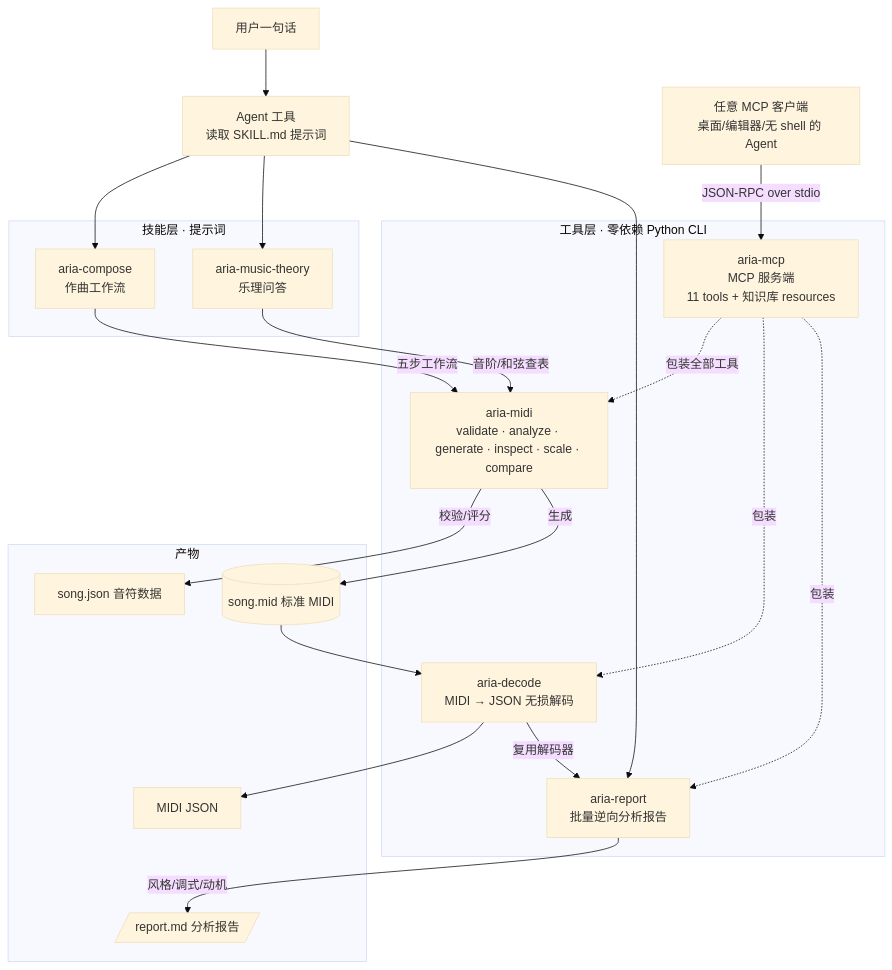
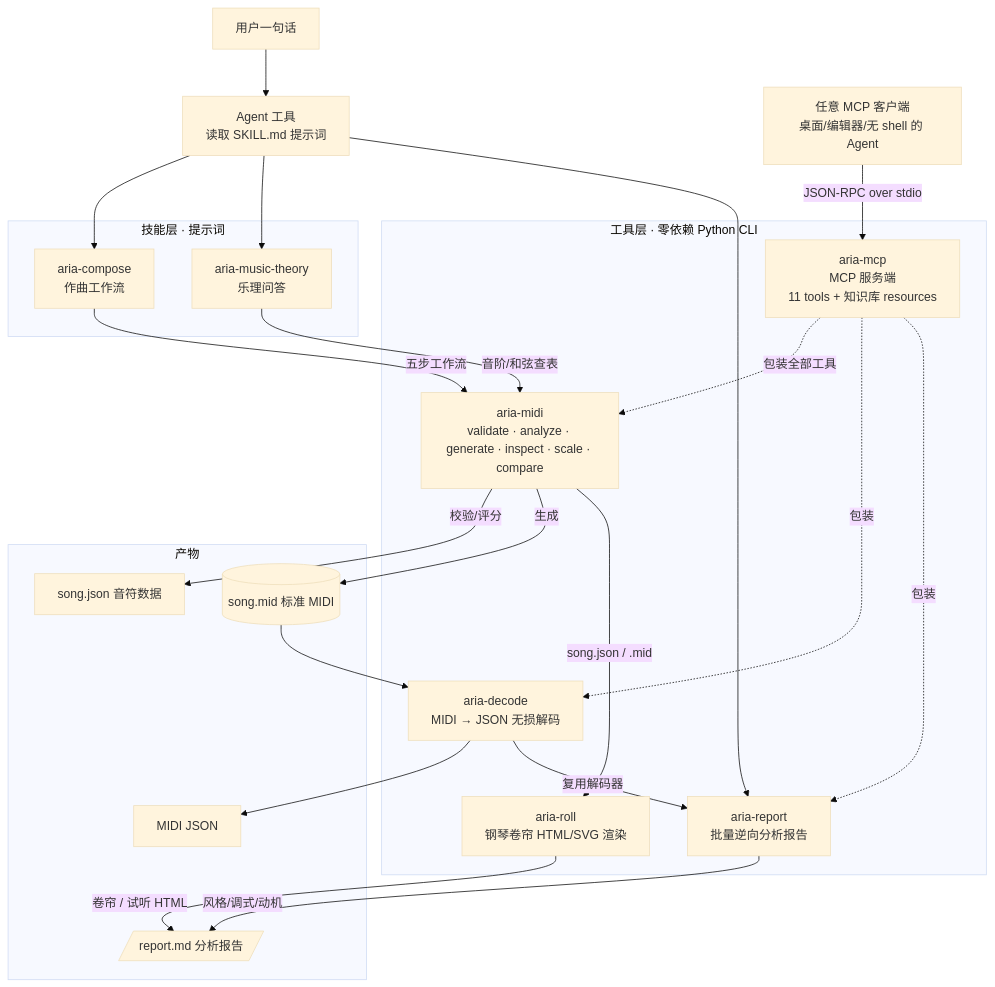
One commit to M7ui/Aria_Skills changed the diagram in README.md. Above: the diagram before and after it, drawn with Mermaid (base theme). The commit also changed other lines of this file and 8 other files, not shown here.

First line of the commit message:
feat(aria-roll): 新增钢琴卷帘渲染器 —— song.json / .mid → 自包含 HTML（可看可听）

````diff
--- a/README.md
+++ b/README.md
@@ -232,39 +247,42 @@
 ```mermaid
 flowchart TB
     User[用户一句话] --> Agent[Agent 工具<br/>读取 SKILL.md 提示词]
 
     subgraph Skills[技能层 · 提示词]
         Compose[aria-compose<br/>作曲工作流]
         Theory[aria-music-theory<br/>乐理问答]
     end
 
     subgraph Toolkit[工具层 · 零依赖 Python CLI]
         Midi[aria-midi<br/>validate · analyze · generate · inspect · scale · compare]
         Decode[aria-decode<br/>MIDI → JSON 无损解码]
         Report[aria-report<br/>批量逆向分析报告]
+        Roll[aria-roll<br/>钢琴卷帘 HTML/SVG 渲染]
         Mcp[aria-mcp<br/>MCP 服务端<br/>11 tools + 知识库 resources]
     end
 
     subgraph Output[产物]
         Song[song.json 音符数据]
         MidiFile[(song.mid 标准 MIDI)]
         MidiJson[MIDI JSON]
         MdReport[/report.md 分析报告/]
     end
 
     Agent --> Compose
     Agent --> Theory
     Agent --> Report
     Compose -->|五步工作流| Midi
     Theory -->|音阶/和弦查表| Midi
     Midi -->|校验/评分| Song
     Midi -->|生成| MidiFile
     MidiFile --> Decode
     Decode --> MidiJson
+    Midi -->|song.json / .mid| Roll
+    Roll -->|卷帘 / 试听 HTML| MdReport
     Decode -->|复用解码器| Report
     Report -->|风格/调式/动机| MdReport
     Mcp -.->|包装全部工具| Midi
     Mcp -.->|包装| Decode
     Mcp -.->|包装| Report
     Client[任意 MCP 客户端<br/>桌面/编辑器/无 shell 的 Agent] -->|JSON-RPC over stdio| Mcp
 ```
````
